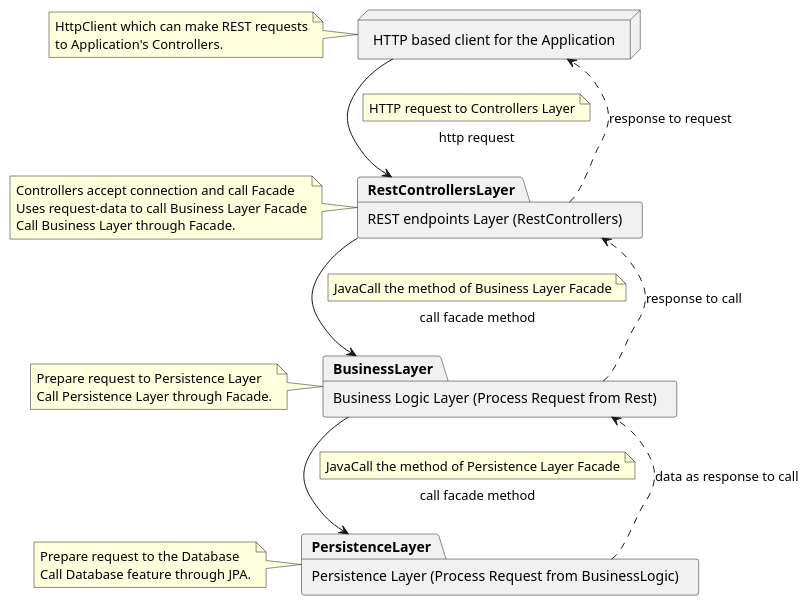
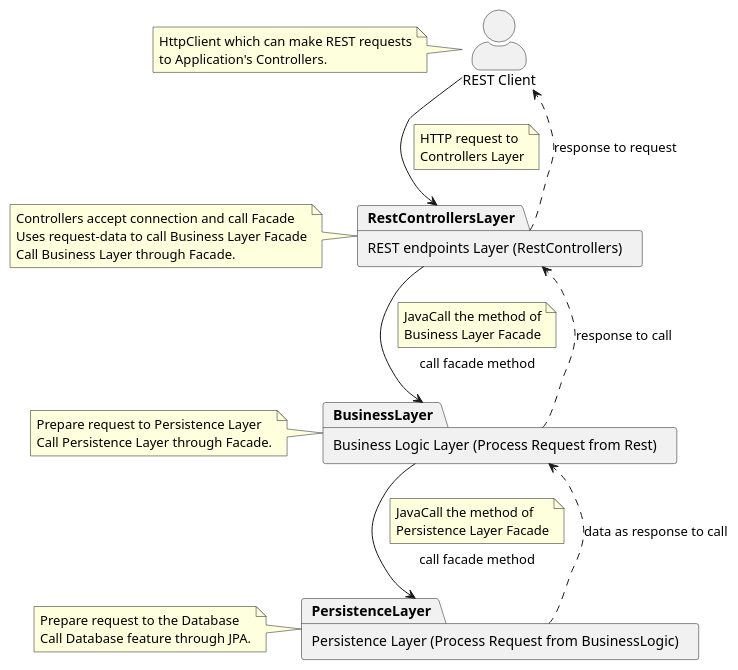
Before and after one commit to OlegSopilnyak/school-demo: the diagram in application/diagrams/Application Layers Package Diagram.puml, drawn with PlantUML. The commit also changed 7 other files, not shown here.

```diff
--- a/application/diagrams/Application Layers Package Diagram.puml
+++ b/application/diagrams/Application Layers Package Diagram.puml
@@ -1,37 +1,35 @@
 @startuml
 'https://plantuml.com/class-diagram
 
-:HTTP based client for the Application:as HttpClient
 :REST endpoints Layer (RestControllers): as RestControllersLayer
 :Business Logic Layer (Process Request from Rest): as BusinessLayer
 :Persistence Layer (Process Request from BusinessLogic): as PersistenceLayer
 
-skinparam packageStyle node
-package HttpClient {
-}
+skinparam actorStyle awesome
+actor "REST Client" as HttpClient
 
 skinparam packageStyle folder
 package RestControllersLayer {
 }
 
 package BusinessLayer {
 }
 
 package PersistenceLayer {
 }
 note left of HttpClient : HttpClient which can make REST requests\nto Application's Controllers.
 note left of RestControllersLayer : Controllers accept connection and call Facade\nUses request-data to call Business Layer Facade\nCall Business Layer through Facade.
 note left of BusinessLayer : Prepare request to Persistence Layer\nCall Persistence Layer through Facade.
 note left of PersistenceLayer : Prepare request to the Database\nCall Database feature through JPA.
 
-HttpClient -> RestControllersLayer: http request
-note top on link : HTTP request to Controllers Layer
+HttpClient -> RestControllersLayer
+note top on link : HTTP request to\nControllers Layer
 RestControllersLayer -> BusinessLayer: call facade method
-note top on link : JavaCall the method of Business Layer Facade
+note top on link : JavaCall the method of\nBusiness Layer Facade
 BusinessLayer -> PersistenceLayer: call facade method
-note top on link : JavaCall the method of Persistence Layer Facade
+note top on link : JavaCall the method of\nPersistence Layer Facade
 PersistenceLayer ..> BusinessLayer: data as response to call
 BusinessLayer ..> RestControllersLayer: response to call
 RestControllersLayer ..> HttpClient: response to request
 
 @enduml
```
